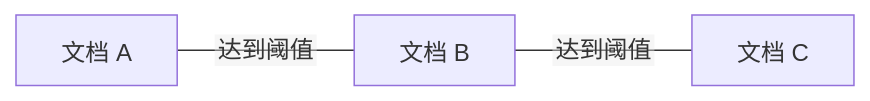
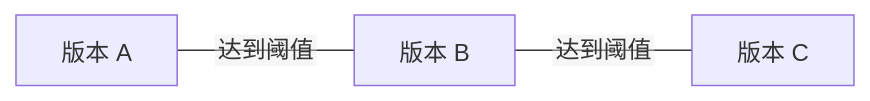
The diagram in src/content/posts/2026-10-15-llm-training-data-04-dedup.md (meiluosi/meiluosi.github.io), drawn with Mermaid before and after one commit. The commit also changed other lines of this file and 116 other files, not shown here.

Commit message:
docs: update roadmap and LLM training research series notes

````diff
--- a/src/content/posts/2026-10-15-llm-training-data-04-dedup.md
+++ b/src/content/posts/2026-10-15-llm-training-data-04-dedup.md
@@ -136,6 +149,6 @@
 ```mermaid
 %%{init: {"htmlLabels": false}}%%
 flowchart LR
-    A[文档 A] ---|达到阈值| B[文档 B]
-    B ---|达到阈值| C[文档 C]
+    A[版本 A] ---|达到阈值| B[版本 B]
+    B ---|达到阈值| C[版本 C]
 ```
````
